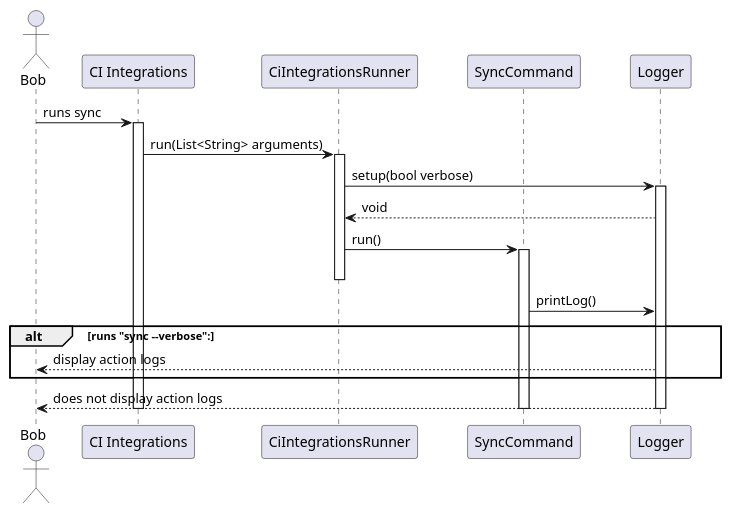
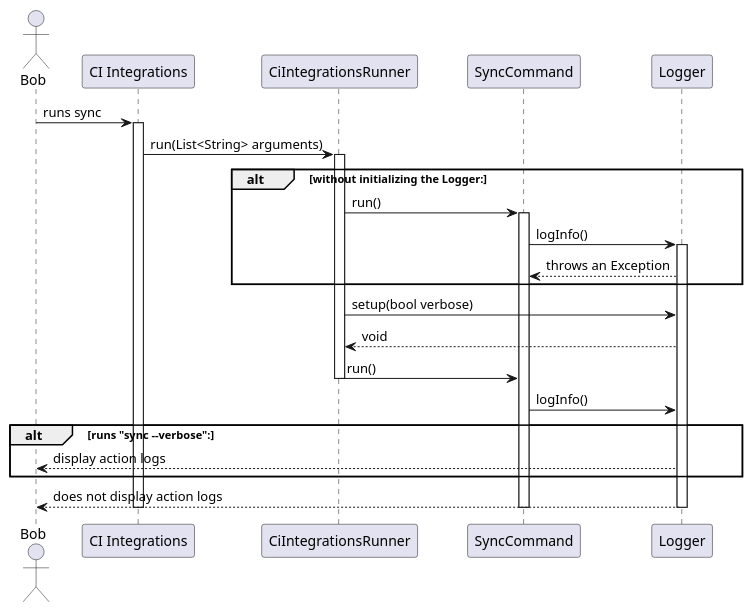
The diagram in metrics/ci_integrations/docs/diagrams/ci_integrations_verbose_mode_diagram.puml (Flank/flank-dashboard), drawn with PlantUML before and after one commit. The commit also changed 1 other file, not shown here.

```diff
--- a/metrics/ci_integrations/docs/diagrams/ci_integrations_verbose_mode_diagram.puml
+++ b/metrics/ci_integrations/docs/diagrams/ci_integrations_verbose_mode_diagram.puml
@@ -1,40 +1,48 @@
 @startuml ci_integrations_verbose_mode_diagram
 
 skinparam ParticipantPadding 20
 skinparam BoxPadding 10
 
 actor Bob
 
 participant "CI Integrations"
 participant CiIntegrationsRunner
 participant SyncCommand
 participant Logger
 
 Bob -> "CI Integrations" : runs sync
 activate "CI Integrations"
 
 "CI Integrations" -> CiIntegrationsRunner: run(List<String> arguments)
 activate CiIntegrationsRunner
 
+alt without initializing the Logger:
+    CiIntegrationsRunner -> SyncCommand: run()
+    activate SyncCommand
+
+    SyncCommand -> Logger: logInfo()
+    activate Logger
+
+    Logger --> SyncCommand: throws an Exception
+end
+
 CiIntegrationsRunner -> Logger: setup(bool verbose)
-activate Logger
 
 Logger --> CiIntegrationsRunner: void
 
 CiIntegrationsRunner -> SyncCommand: run()
-activate SyncCommand
 deactivate CiIntegrationsRunner
 
-SyncCommand -> Logger: printLog()
+SyncCommand -> Logger: logInfo()
 
 alt runs "sync --verbose":
     Logger --> Bob: display action logs
 end
 
 Logger --> Bob: does not display action logs
 
 deactivate "CI Integrations"
 deactivate SyncCommand
 deactivate Logger
 
 @enduml
```
